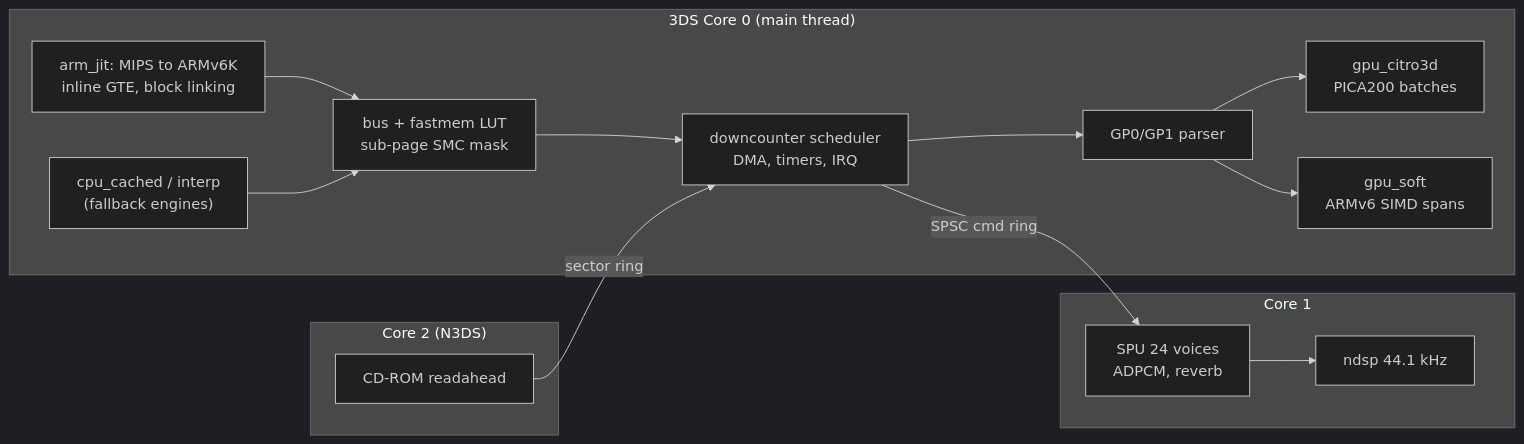
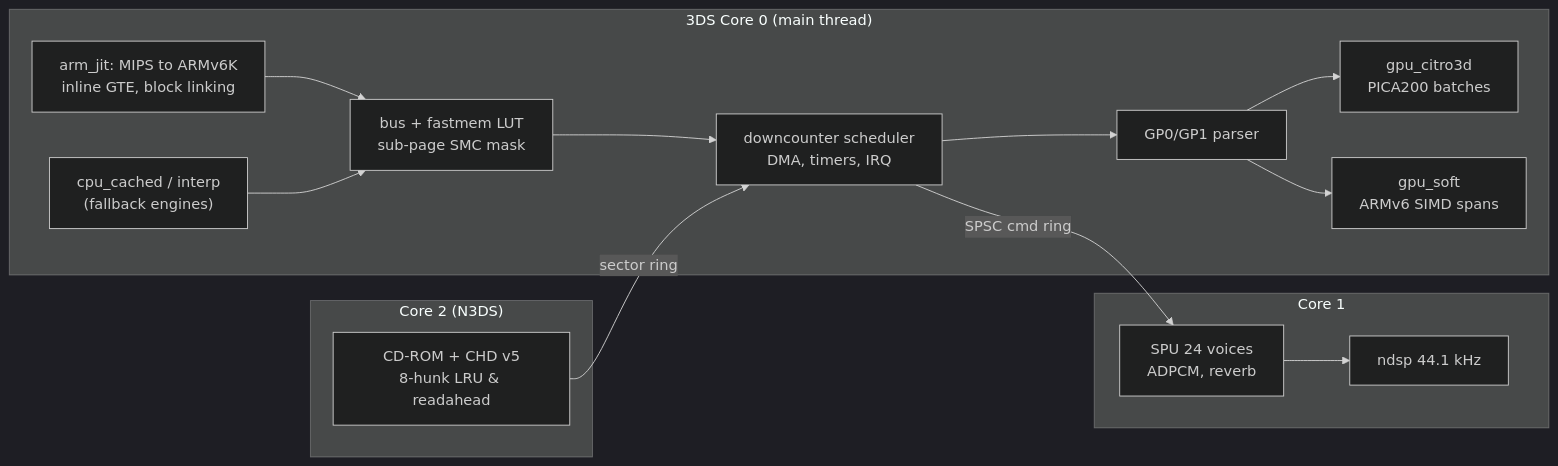
Before and after one commit to codescv/psx3ds: the diagram in README.md, drawn with Mermaid (dark theme). The commit also changed other lines of this file and 6 other files, not shown here.

````diff
--- a/README.md
+++ b/README.md
@@ -46,28 +56,28 @@
 ```mermaid
 flowchart LR
     subgraph Core0["3DS Core 0 (main thread)"]
         JIT["arm_jit: MIPS to ARMv6K<br/>inline GTE, block linking"]
         CACHED["cpu_cached / interp<br/>(fallback engines)"]
         BUS["bus + fastmem LUT<br/>sub-page SMC mask"]
         SCHED["downcounter scheduler<br/>DMA, timers, IRQ"]
         GP0["GP0/GP1 parser"]
         HW["gpu_citro3d<br/>PICA200 batches"]
         SOFT["gpu_soft<br/>ARMv6 SIMD spans"]
     end
     subgraph Core1["Core 1"]
         SPU["SPU 24 voices<br/>ADPCM, reverb"]
         NDSP["ndsp 44.1 kHz"]
     end
     subgraph Core2["Core 2 (N3DS)"]
-        CDRA["CD-ROM readahead"]
+        CDRA["CD-ROM + CHD v5<br/>8-hunk LRU & readahead"]
     end
     JIT --> BUS
     CACHED --> BUS
     BUS --> SCHED
     SCHED --> GP0
     GP0 --> HW
     GP0 --> SOFT
     SCHED -- "SPSC cmd ring" --> SPU
     SPU --> NDSP
     CDRA -- "sector ring" --> SCHED
 ```
````
